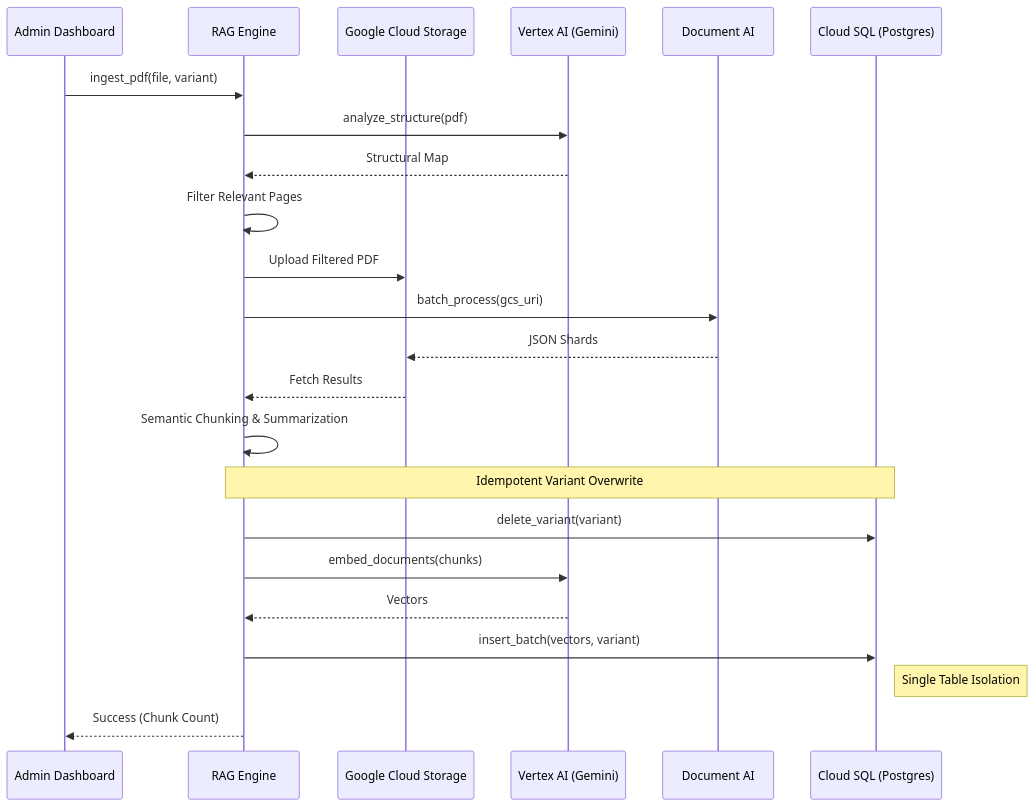
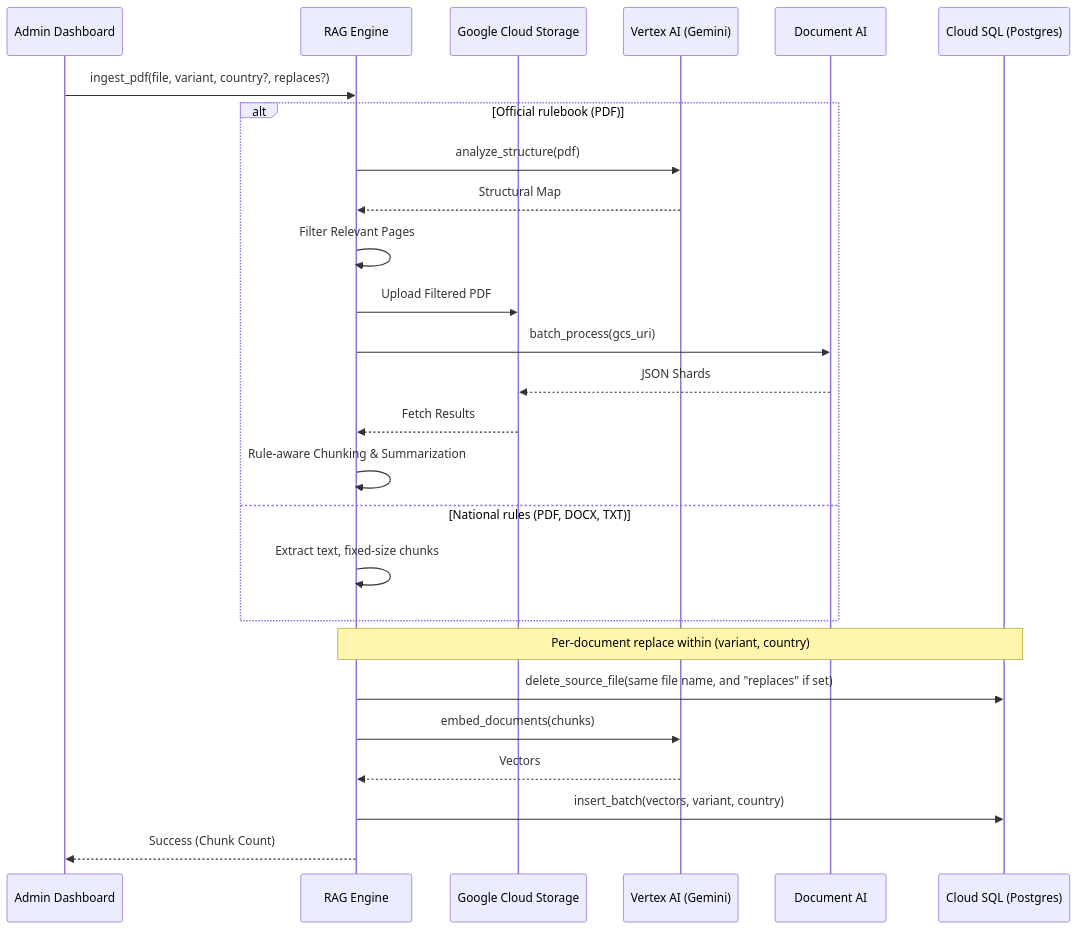
One commit to bavobbr/fih-rules-engine changed the first of 2 diagrams in README.md. Above: the diagram before and after it, drawn with Mermaid. The commit also changed other lines of this file and 3 other files, not shown here.

````diff
--- a/README.md
+++ b/README.md
@@ -47,26 +52,29 @@
 ```mermaid
 sequenceDiagram
     participant Admin as Admin Dashboard
     participant Engine as RAG Engine
     participant GCS as Google Cloud Storage
     participant Vertex as Vertex AI (Gemini)
     participant DocAI as Document AI
     participant DB as Cloud SQL (Postgres)
 
-    Admin->>Engine: ingest_pdf(file, variant)
-    Engine->>Vertex: analyze_structure(pdf)
-    Vertex-->>Engine: Structural Map
-    Engine->>Engine: Filter Relevant Pages
-    Engine->>GCS: Upload Filtered PDF
-    Engine->>DocAI: batch_process(gcs_uri)
-    DocAI-->>GCS: JSON Shards
-    GCS-->>Engine: Fetch Results
-    Engine->>Engine: Semantic Chunking & Summarization
-    Note over Engine, DB: Idempotent Variant Overwrite
-    Engine->>DB: delete_variant(variant)
+    Admin->>Engine: ingest_pdf(file, variant, country?, replaces?)
+    alt Official rulebook (PDF)
+        Engine->>Vertex: analyze_structure(pdf)
+        Vertex-->>Engine: Structural Map
+        Engine->>Engine: Filter Relevant Pages
+        Engine->>GCS: Upload Filtered PDF
+        Engine->>DocAI: batch_process(gcs_uri)
+        DocAI-->>GCS: JSON Shards
+        GCS-->>Engine: Fetch Results
+        Engine->>Engine: Rule-aware Chunking & Summarization
+    else National rules (PDF, DOCX, TXT)
+        Engine->>Engine: Extract text, fixed-size chunks
+    end
+    Note over Engine, DB: Per-document replace within (variant, country)
+    Engine->>DB: delete_source_file(same file name, and "replaces" if set)
     Engine->>Vertex: embed_documents(chunks)
     Vertex-->>Engine: Vectors
-    Engine->>DB: insert_batch(vectors, variant)
-    Note right of DB: Single Table Isolation
+    Engine->>DB: insert_batch(vectors, variant, country)
     Engine-->>Admin: Success (Chunk Count)
 ```
````
